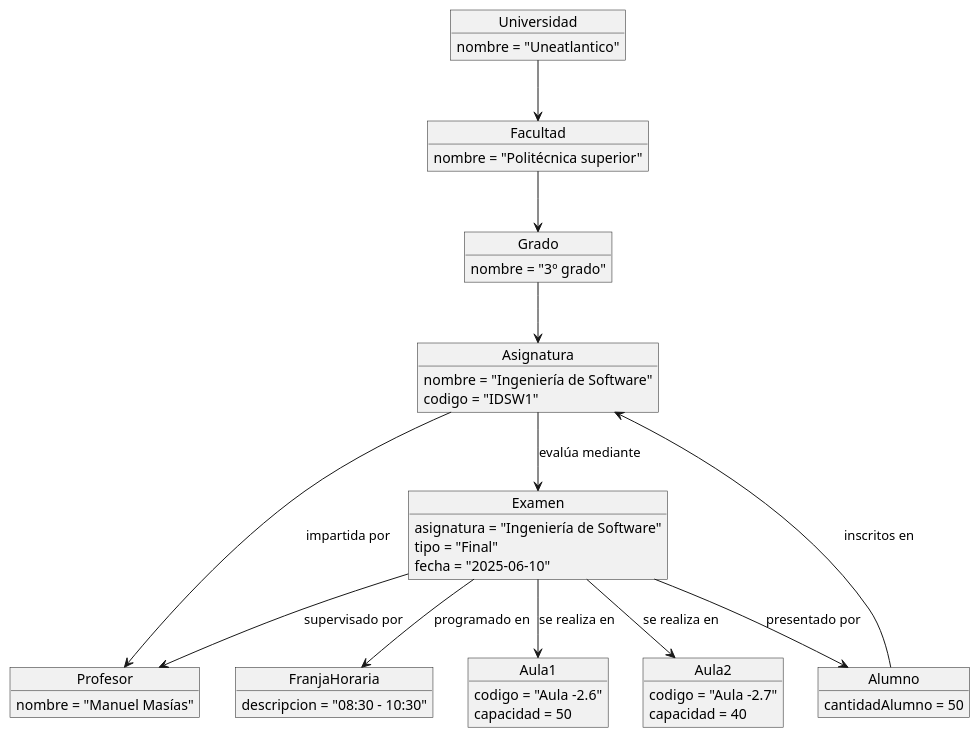
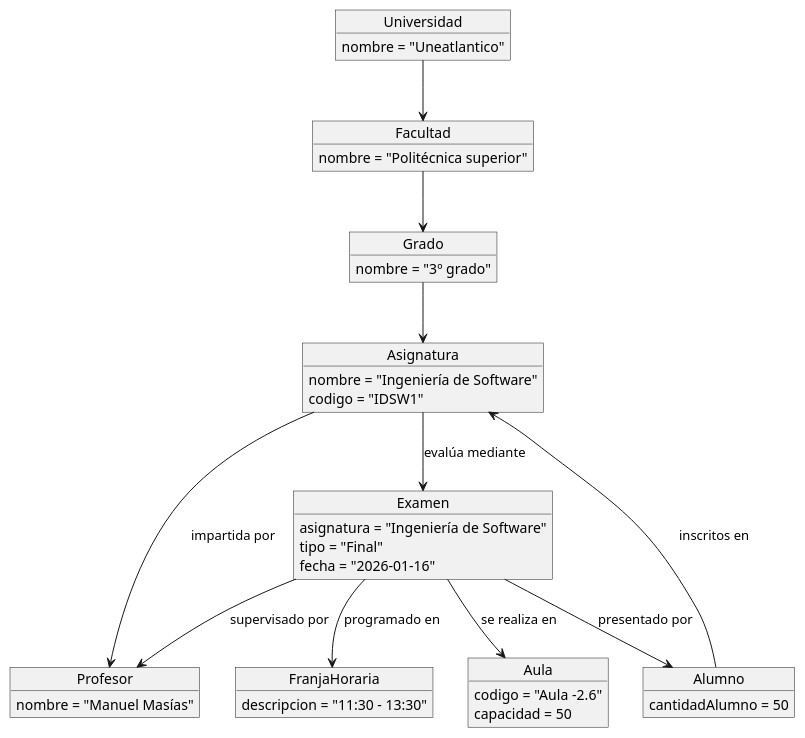
One commit to Alejandrojuarez0105/25-26-IdSw1-SdR changed the diagram in modelos/modelosUML/DiagramaDeObjetosGeneradorExamenes.puml. Above: the diagram before and after it, drawn with PlantUML. The commit also changed 3 other files, not shown here.

First line of the commit message:
Modificacion de diagramas de objetos para que estén igual que los bocetos

```diff
--- a/modelos/modelosUML/DiagramaDeObjetosGeneradorExamenes.puml
+++ b/modelos/modelosUML/DiagramaDeObjetosGeneradorExamenes.puml
@@ -1,63 +1,57 @@
 @startuml
 
 object Universidad {
   nombre = "Uneatlantico"
 }
 
 object Facultad {
   nombre = "Politécnica superior"
 }
 
 object Grado {
   nombre = "3º grado"
 }
 
 object Asignatura {
   nombre = "Ingeniería de Software"
   codigo = "IDSW1"
 }
 
 object Examen{
   asignatura = "Ingeniería de Software"
   tipo = "Final"
-  fecha = "2025-06-10"
+  fecha = "2026-01-16"
 }
 
 object Profesor {
   nombre = "Manuel Masías"
 }
 
 object FranjaHoraria{
-  descripcion = "08:30 - 10:30"
+  descripcion = "11:30 - 13:30"
 }
 
-object Aula1 {
+object Aula {
   codigo = "Aula -2.6"
   capacidad = 50
-}
-
-object Aula2 {
-  codigo = "Aula -2.7"
-  capacidad = 40
 }
 
 object Alumno {
   cantidadAlumno = 50
 }
 
 Universidad --> Facultad
 Facultad --> Grado
 Grado --> Asignatura
 
 Asignatura --> Profesor : impartida por
 Alumno --> Asignatura : inscritos en 
 Asignatura --> Examen   : evalúa mediante
 
 Examen --> FranjaHoraria : programado en
 Examen --> Profesor      : supervisado por
 Examen --> Alumno        : presentado por
 
-Examen --> Aula1 : se realiza en
-Examen --> Aula2 : se realiza en
+Examen --> Aula : se realiza en
 
 @enduml
```
